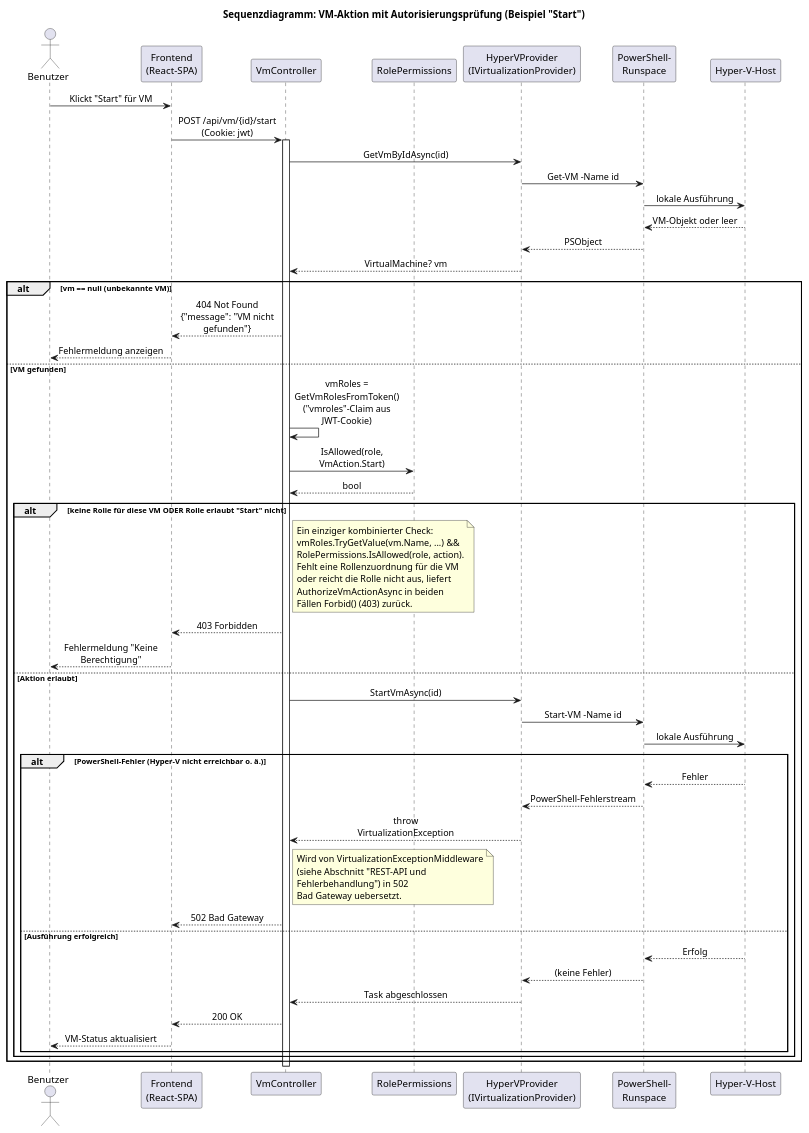
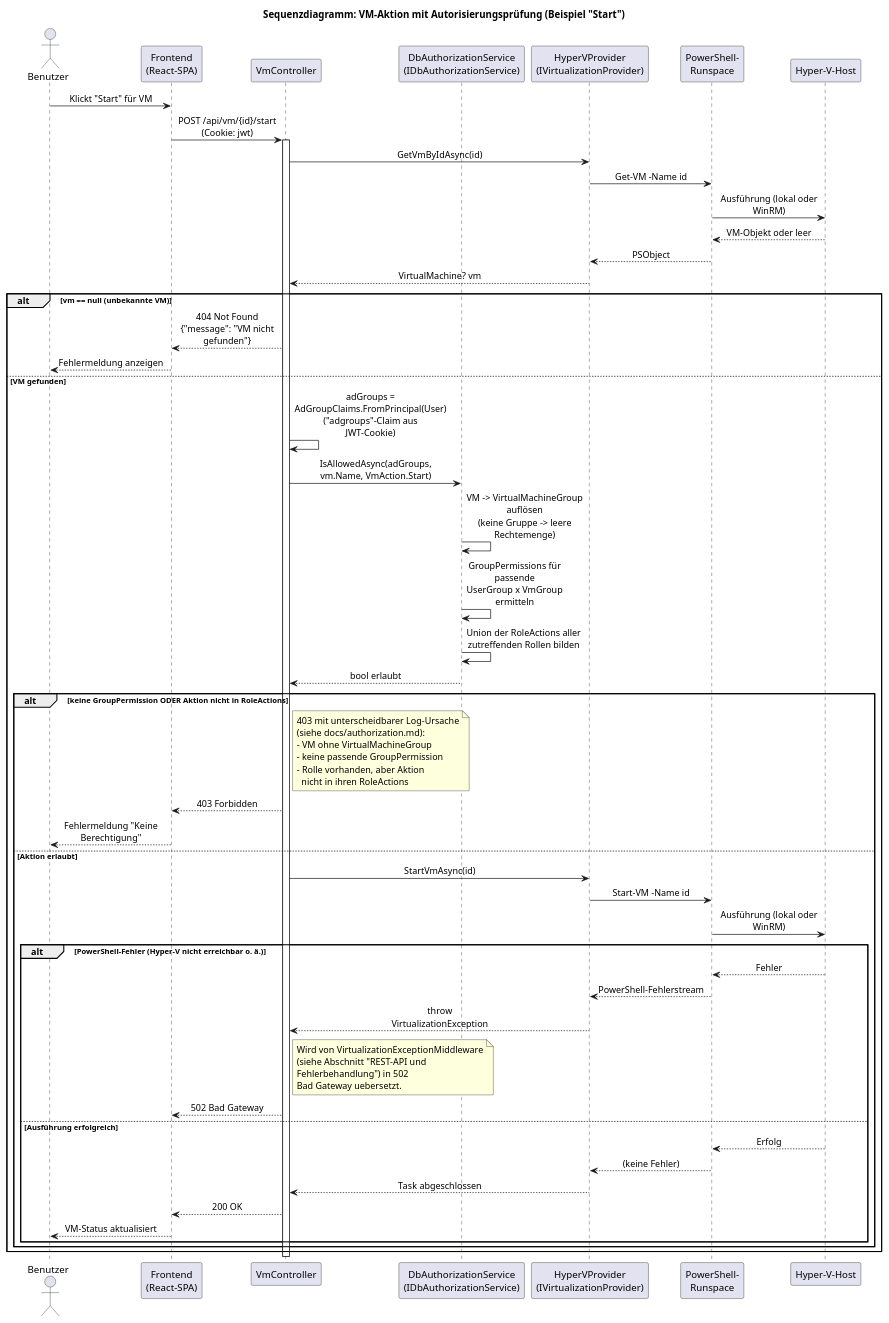
Before and after one commit to mikaildhbw/vm-portal: the diagram in thesis/diagrams/sequenz_vm_aktion_autorisierung.puml, drawn with PlantUML. The commit also changed 6 other files, not shown here.

```diff
--- a/thesis/diagrams/sequenz_vm_aktion_autorisierung.puml
+++ b/thesis/diagrams/sequenz_vm_aktion_autorisierung.puml
@@ -1,78 +1,80 @@
 @startuml sequenz_vm_aktion_autorisierung
 title Sequenzdiagramm: VM-Aktion mit Autorisierungsprüfung (Beispiel "Start")
 
 skinparam backgroundColor white
 skinparam sequenceMessageAlign center
 skinparam maxMessageSize 170
 
 actor Benutzer
 participant "Frontend\n(React-SPA)" as Frontend
 participant "VmController" as VmController
-participant "RolePermissions" as RolePermissions
+participant "DbAuthorizationService\n(IDbAuthorizationService)" as DbAuth
 participant "HyperVProvider\n(IVirtualizationProvider)" as HyperVProvider
 participant "PowerShell-\nRunspace" as Runspace
 participant "Hyper-V-Host" as HyperV
 
 Benutzer -> Frontend : Klickt "Start" für VM
 Frontend -> VmController : POST /api/vm/{id}/start\n(Cookie: jwt)
 activate VmController
 
 VmController -> HyperVProvider : GetVmByIdAsync(id)
 HyperVProvider -> Runspace : Get-VM -Name id
-Runspace -> HyperV : lokale Ausführung
+Runspace -> HyperV : Ausführung (lokal oder WinRM)
 HyperV --> Runspace : VM-Objekt oder leer
 Runspace --> HyperVProvider : PSObject
 HyperVProvider --> VmController : VirtualMachine? vm
 
 alt vm == null (unbekannte VM)
   VmController --> Frontend : 404 Not Found\n{"message": "VM nicht gefunden"}
   Frontend --> Benutzer : Fehlermeldung anzeigen
 
 else VM gefunden
 
-  VmController -> VmController : vmRoles = GetVmRolesFromToken()\n("vmroles"-Claim aus JWT-Cookie)
-  VmController -> RolePermissions : IsAllowed(role, VmAction.Start)
-  RolePermissions --> VmController : bool
+  VmController -> VmController : adGroups = AdGroupClaims.FromPrincipal(User)\n("adgroups"-Claim aus JWT-Cookie)
+  VmController -> DbAuth : IsAllowedAsync(adGroups, vm.Name, VmAction.Start)
+  DbAuth -> DbAuth : VM -> VirtualMachineGroup auflösen\n(keine Gruppe -> leere Rechtemenge)
+  DbAuth -> DbAuth : GroupPermissions für passende\nUserGroup x VmGroup ermitteln
+  DbAuth -> DbAuth : Union der RoleActions aller\nzutreffenden Rollen bilden
+  DbAuth --> VmController : bool erlaubt
 
-  alt keine Rolle für diese VM ODER Rolle erlaubt "Start" nicht
+  alt keine GroupPermission ODER Aktion nicht in RoleActions
     note right of VmController
-      Ein einziger kombinierter Check:
-      vmRoles.TryGetValue(vm.Name, ...) &&
-      RolePermissions.IsAllowed(role, action).
-      Fehlt eine Rollenzuordnung für die VM
-      oder reicht die Rolle nicht aus, liefert
-      AuthorizeVmActionAsync in beiden
-      Fällen Forbid() (403) zurück.
+      403 mit unterscheidbarer Log-Ursache
+      (siehe docs/authorization.md):
+      - VM ohne VirtualMachineGroup
+      - keine passende GroupPermission
+      - Rolle vorhanden, aber Aktion
+        nicht in ihren RoleActions
     end note
     VmController --> Frontend : 403 Forbidden
     Frontend --> Benutzer : Fehlermeldung "Keine Berechtigung"
 
   else Aktion erlaubt
     VmController -> HyperVProvider : StartVmAsync(id)
     HyperVProvider -> Runspace : Start-VM -Name id
-    Runspace -> HyperV : lokale Ausführung
+    Runspace -> HyperV : Ausführung (lokal oder WinRM)
 
     alt PowerShell-Fehler (Hyper-V nicht erreichbar o. ä.)
       HyperV --> Runspace : Fehler
       Runspace --> HyperVProvider : PowerShell-Fehlerstream
       HyperVProvider --> VmController : throw VirtualizationException
       note right of VmController
         Wird von VirtualizationExceptionMiddleware
         (siehe Abschnitt "REST-API und
         Fehlerbehandlung") in 502
         Bad Gateway uebersetzt.
       end note
       VmController --> Frontend : 502 Bad Gateway
 
     else Ausführung erfolgreich
       HyperV --> Runspace : Erfolg
       Runspace --> HyperVProvider : (keine Fehler)
       HyperVProvider --> VmController : Task abgeschlossen
       VmController --> Frontend : 200 OK
       Frontend --> Benutzer : VM-Status aktualisiert
     end
   end
 end
 deactivate VmController
 
 @enduml
```
